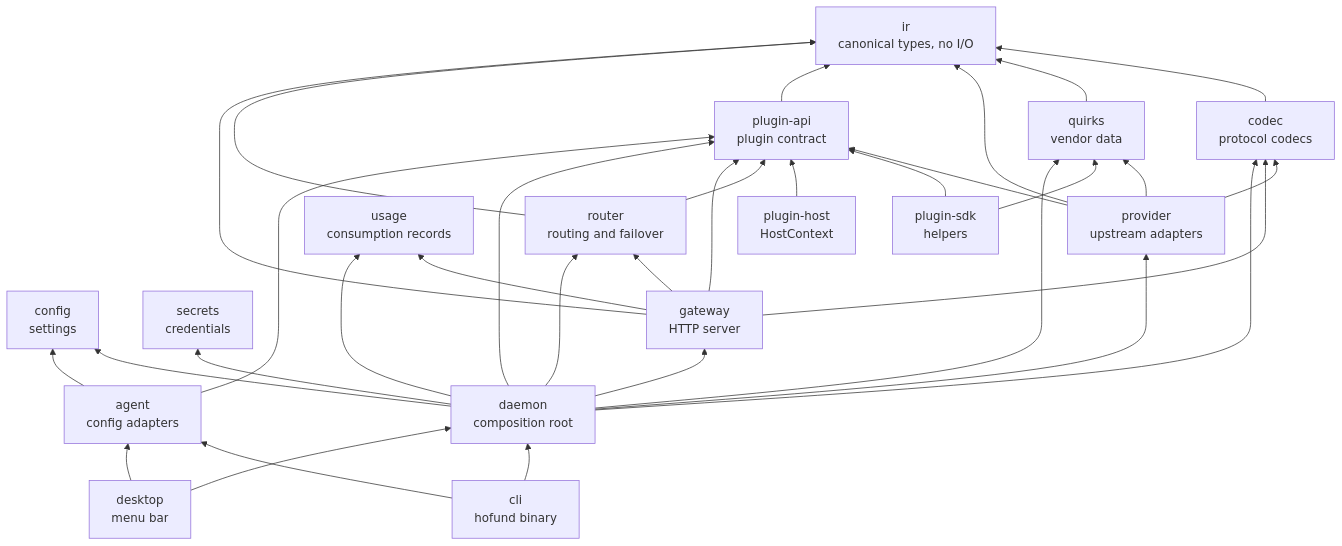
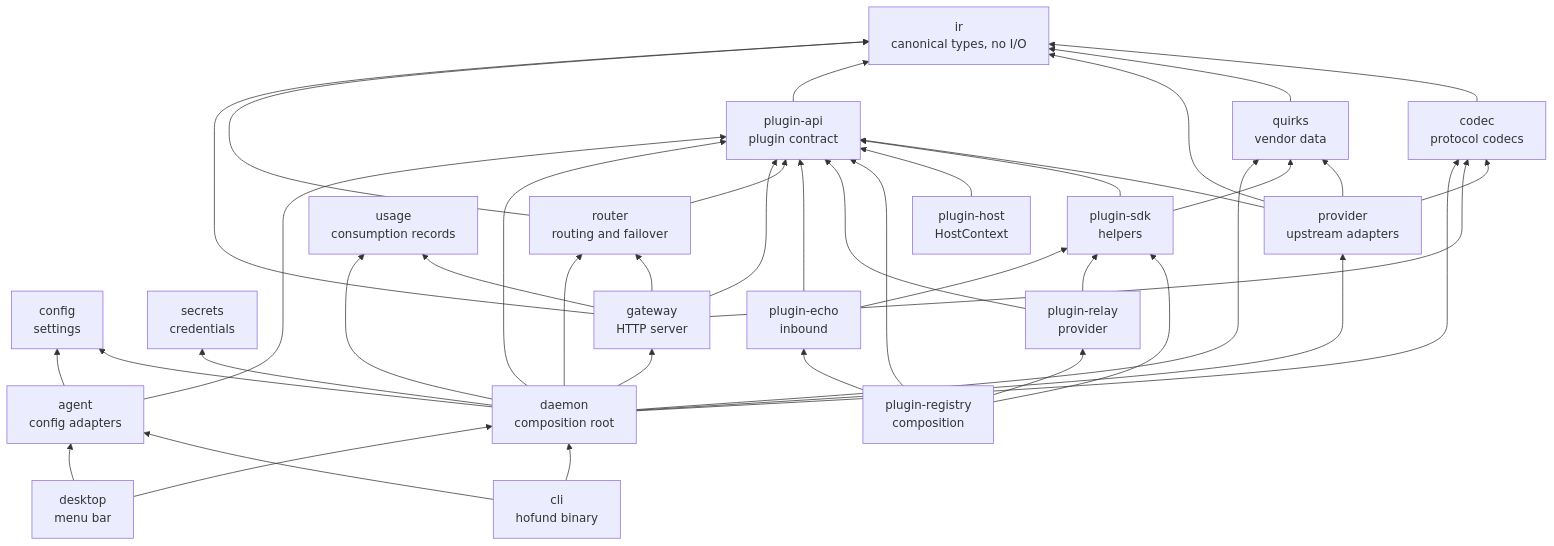
Before and after one commit to logibricks-io/open-heimdall-hofund: the diagram in docs/architecture.md, drawn with Mermaid. The commit also changed other lines of this file and 31 other files, not shown here.

First line of the commit message:
Add the provider registry and pooled host transport (#41)

````diff
--- a/docs/architecture.md
+++ b/docs/architecture.md
@@ -37,52 +37,63 @@
 ```mermaid
 flowchart BT
   ir["ir<br/>canonical types, no I/O"]
   codec["codec<br/>protocol codecs"]
   quirks["quirks<br/>vendor data"]
   provider["provider<br/>upstream adapters"]
   router["router<br/>routing and failover"]
   config["config<br/>settings"]
   secrets["secrets<br/>credentials"]
   usage["usage<br/>consumption records"]
   agent["agent<br/>config adapters"]
   pluginApi["plugin-api<br/>plugin contract"]
   pluginSdk["plugin-sdk<br/>helpers"]
   pluginHost["plugin-host<br/>HostContext"]
+  pluginRegistry["plugin-registry<br/>composition"]
+  pluginRelay["plugin-relay<br/>provider"]
+  pluginEcho["plugin-echo<br/>inbound"]
   gateway["gateway<br/>HTTP server"]
   daemon["daemon<br/>composition root"]
   cli["cli<br/>hofund binary"]
   desktop["desktop<br/>menu bar"]
 
   codec --> ir
   quirks --> ir
   provider --> codec
   provider --> ir
   provider --> quirks
   provider --> pluginApi
   pluginApi --> ir
   pluginSdk --> pluginApi
   pluginSdk --> quirks
   pluginHost --> pluginApi
+  pluginRegistry --> pluginApi
+  pluginRegistry --> pluginSdk
+  pluginRegistry --> pluginRelay
+  pluginRegistry --> pluginEcho
+  pluginRelay --> pluginApi
+  pluginRelay --> pluginSdk
+  pluginEcho --> pluginApi
+  pluginEcho --> pluginSdk
   router --> pluginApi
   router --> ir
   gateway --> router
   gateway --> codec
   gateway --> ir
   gateway --> usage
   gateway --> pluginApi
   daemon --> gateway
   daemon --> config
   daemon --> secrets
   daemon --> provider
   daemon --> codec
   daemon --> quirks
   daemon --> router
   daemon --> pluginApi
   daemon --> usage
   agent --> config
   agent --> pluginApi
   cli --> daemon
   cli --> agent
   desktop --> daemon
   desktop --> agent
 ```
````
